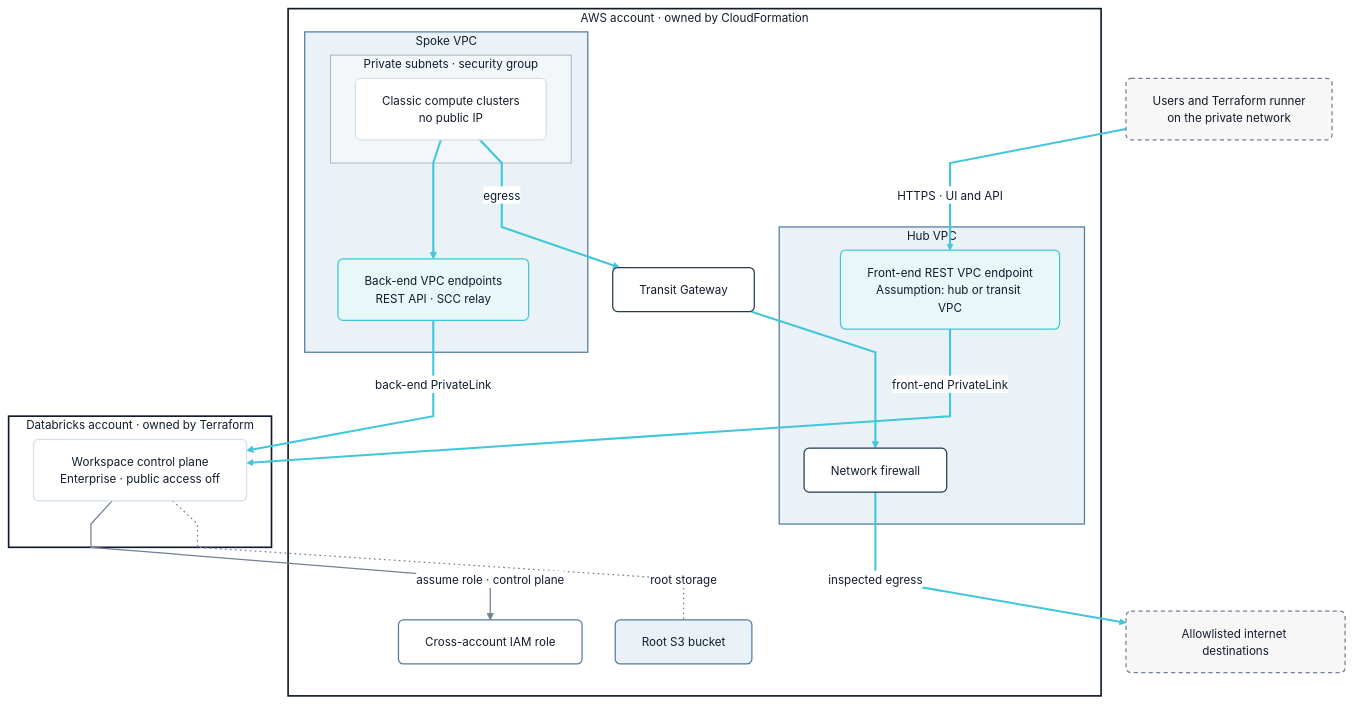
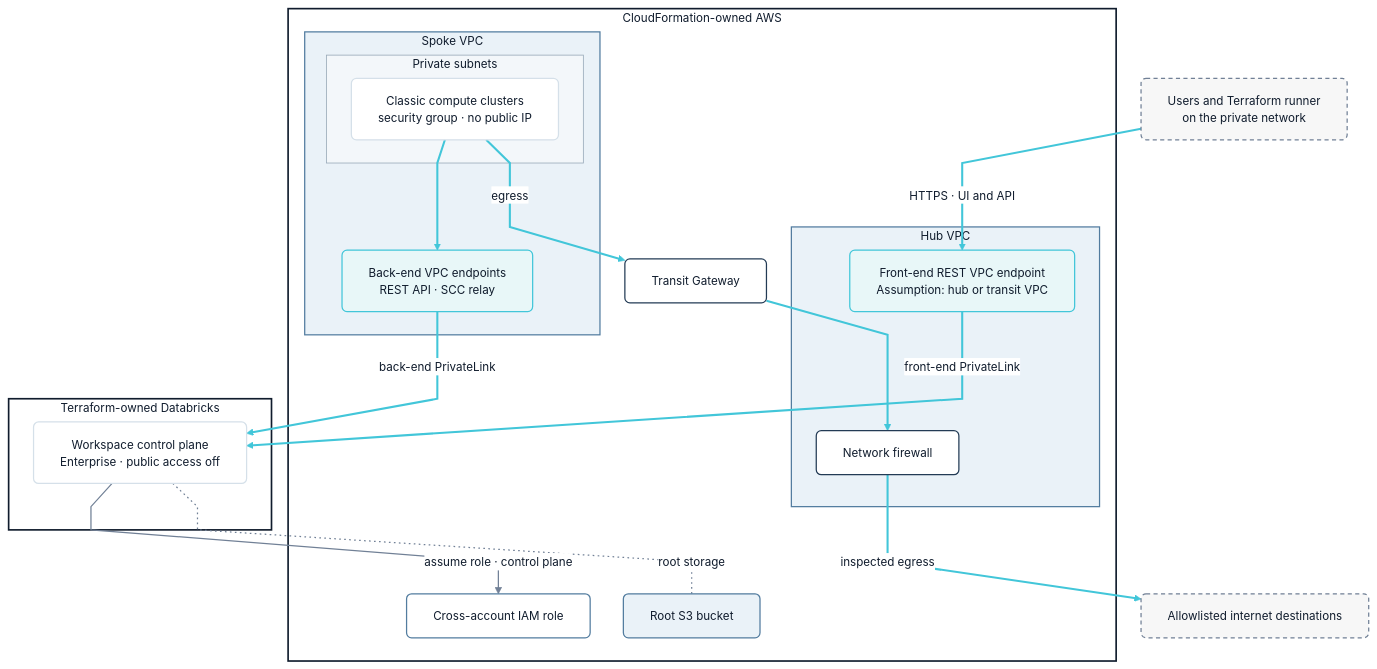
Before and after one commit to tanveer-singh-db/terraform_databricks_workspace_deployment_aws: the first of 3 diagrams in README.md, drawn with Mermaid. The commit also changed other lines of this file, not shown here.

Commit message:
docs: apply Open Sans typography from Arctic Signal design system to diagrams

````diff
--- a/README.md
+++ b/README.md
@@ -9,55 +9,55 @@
 ```mermaid
-%%{init: {"theme": "base", "themeVariables": {"fontFamily": "Inter, Arial, Helvetica, sans-serif", "fontSize": "14px", "background": "#FFFFFF", "primaryColor": "#FFFFFF", "primaryTextColor": "#101C2D", "primaryBorderColor": "#D5E0E9", "lineColor": "#718096", "clusterBkg": "#F7FAFC", "clusterBorder": "#233B55", "titleColor": "#101C2D", "edgeLabelBackground": "#FFFFFF"}, "flowchart": {"curve": "linear", "nodeSpacing": 40, "rankSpacing": 56, "padding": 16}}}%%
+%%{init: {"theme": "base", "fontFamily": "Open Sans, Arial, Helvetica, sans-serif", "themeVariables": {"fontFamily": "Open Sans, Arial, Helvetica, sans-serif", "fontSize": "14px", "background": "#FFFFFF", "primaryColor": "#FFFFFF", "primaryTextColor": "#101C2D", "primaryBorderColor": "#D5E0E9", "lineColor": "#718096", "clusterBkg": "#F7FAFC", "clusterBorder": "#233B55", "titleColor": "#101C2D", "edgeLabelBackground": "#FFFFFF", "secondaryColor": "#F7FAFC", "secondaryTextColor": "#233B55", "secondaryBorderColor": "#9DC8E5", "tertiaryColor": "#FFFFFF", "textColor": "#101C2D"}, "flowchart": {"curve": "linear", "wrappingWidth": 360, "nodeSpacing": 40, "rankSpacing": 56, "padding": 16}}}%%
 flowchart TB
     USERS["Users and Terraform runner<br/>on the private network"]:::external
 
-    subgraph AWS["AWS account · owned by CloudFormation"]
+    subgraph AWS["CloudFormation-owned AWS"]
         subgraph HUB["Hub VPC"]
             FE_VPCE["Front-end REST VPC endpoint<br/>Assumption: hub or transit VPC"]:::endpoint
             FW["Network firewall"]:::gateway
         end
         TGW["Transit Gateway"]:::gateway
         subgraph SPOKE["Spoke VPC"]
-            subgraph SUBNETS["Private subnets · security group"]
-                CLASSIC["Classic compute clusters<br/>no public IP"]:::compute
+            subgraph SUBNETS["Private subnets"]
+                CLASSIC["Classic compute clusters<br/>security group · no public IP"]:::compute
             end
             BE_VPCE["Back-end VPC endpoints<br/>REST API · SCC relay"]:::endpoint
         end
         BUCKET["Root S3 bucket"]:::storage
         ROLE["Cross-account IAM role"]:::identity
     end
 
-    subgraph DBX["Databricks account · owned by Terraform"]
+    subgraph DBX["Terraform-owned Databricks"]
         CP["Workspace control plane<br/>Enterprise · public access off"]:::compute
     end
 
     INTERNET["Allowlisted internet destinations"]:::external
 
     USERS -- "HTTPS · UI and API" --> FE_VPCE
     FE_VPCE -- "front-end PrivateLink" --> CP
     CLASSIC --> BE_VPCE
     BE_VPCE -- "back-end PrivateLink" --> CP
     CLASSIC -- "egress" --> TGW
     TGW --> FW
     FW -- "inspected egress" --> INTERNET
     CP -- "assume role · control plane" --> ROLE
     CP -. "root storage" .- BUCKET
 
     classDef external fill:#F7F7F7,stroke:#718096,stroke-width:1.5px,stroke-dasharray:5 4,color:#101C2D,rx:6,ry:6
     classDef endpoint fill:#E8F7F8,stroke:#42C6D9,stroke-width:1.5px,color:#101C2D,rx:6,ry:6
     classDef gateway fill:#FFFFFF,stroke:#233B55,stroke-width:1.5px,color:#101C2D,rx:6,ry:6
     classDef compute fill:#FFFFFF,stroke:#D5E0E9,stroke-width:1.5px,color:#101C2D,rx:6,ry:6
     classDef storage fill:#EAF2F8,stroke:#527C9F,stroke-width:1.5px,color:#101C2D,rx:6,ry:6
     classDef identity fill:#FFFFFF,stroke:#527C9F,stroke-width:1.5px,color:#101C2D,rx:6,ry:6
     classDef platform fill:#F7FAFC,stroke:#527C9F,stroke-width:1.5px,color:#101C2D,rx:6,ry:6
 
     style AWS fill:#FFFFFF,stroke:#101C2D,stroke-width:2px,color:#101C2D
     style DBX fill:#FFFFFF,stroke:#101C2D,stroke-width:2px,color:#101C2D
     style HUB fill:#EAF2F8,stroke:#527C9F,stroke-width:1.5px,color:#101C2D
     style SPOKE fill:#EAF2F8,stroke:#527C9F,stroke-width:1.5px,color:#101C2D
     style SUBNETS fill:#F3F7FA,stroke:#9AABBA,stroke-width:1px,color:#101C2D
 
     linkStyle 0,1,2,3,4,5,6 stroke:#42C6D9,stroke-width:2.5px
     linkStyle 7 stroke:#718096,stroke-width:1.5px
     linkStyle 8 stroke:#718096,stroke-width:1.5px,stroke-dasharray:2 4
 ```
````
